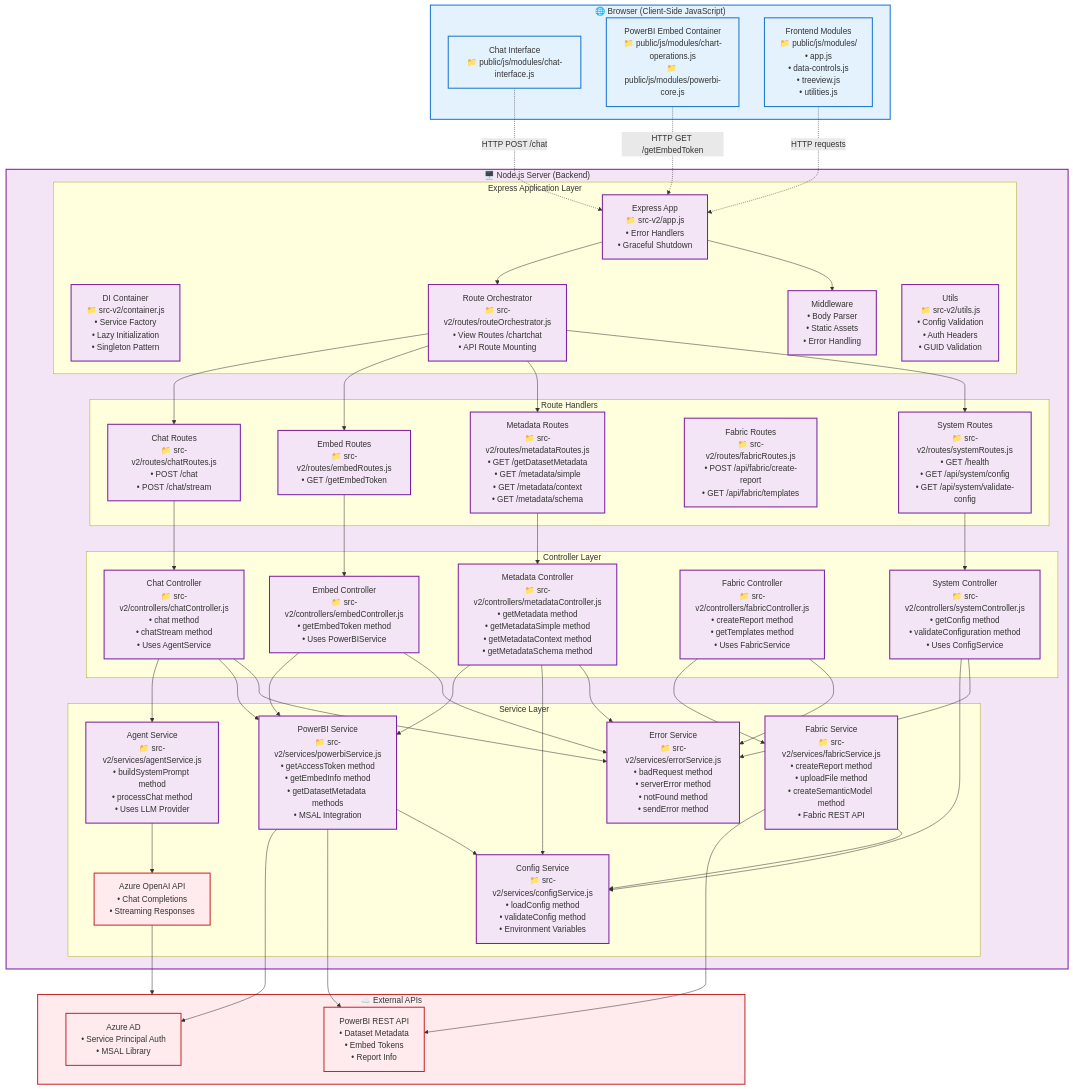
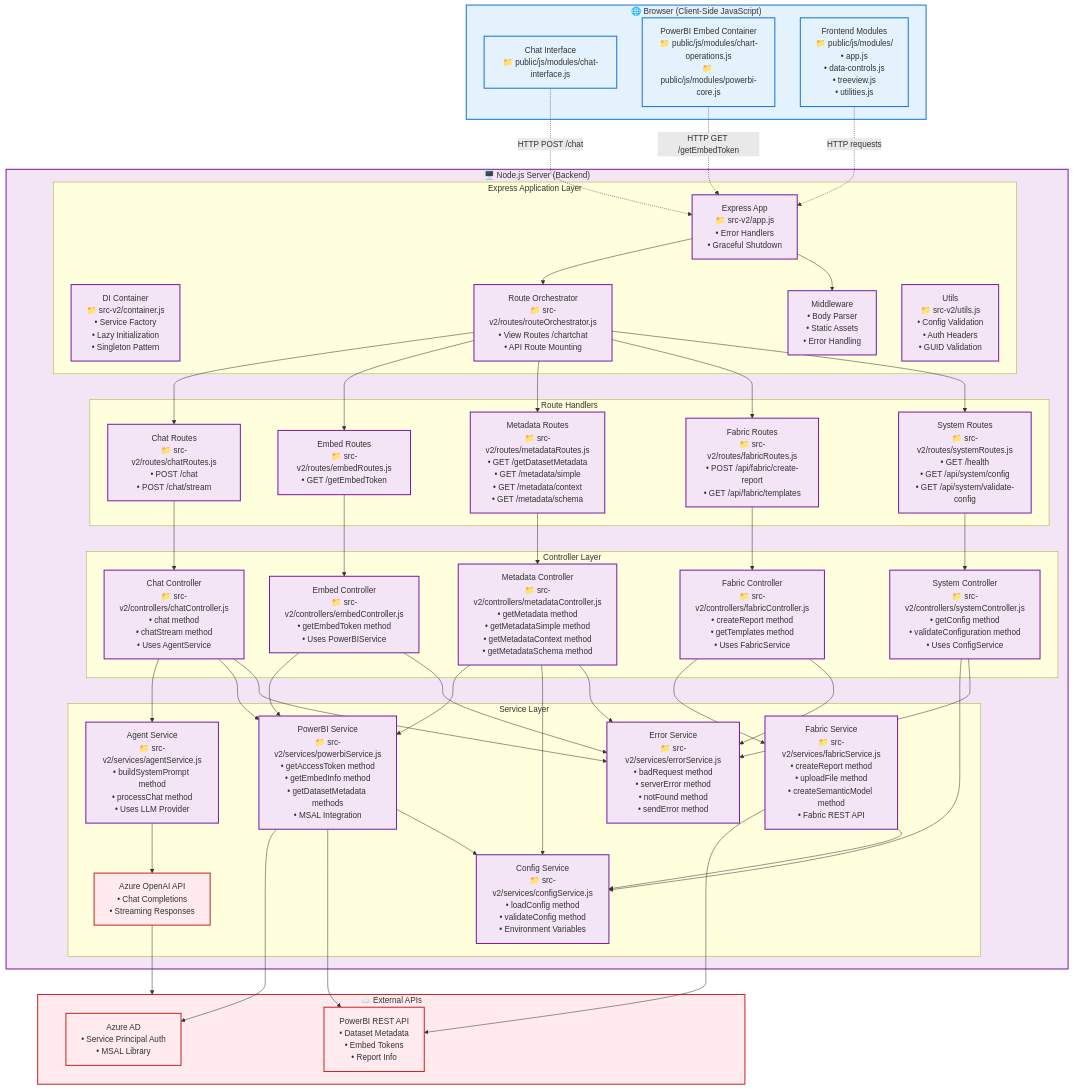
Before and after one commit to markgar/embed-copilot: the first of 4 diagrams in ARCHITECTURE.md, drawn with Mermaid.

Commit message:
Fix architecture diagram: connect FabricRoutes to FabricCtrl
Added missing connections:
- Routes --> FabricRoutes
- FabricRoutes --> FabricCtrl

```diff
--- a/ARCHITECTURE.md
+++ b/ARCHITECTURE.md
@@ -62,11 +62,13 @@
     Routes --> ChatRoutes
     Routes --> EmbedRoutes
     Routes --> MetaRoutes
+    Routes --> FabricRoutes
     Routes --> SysRoutes
 
     ChatRoutes --> ChatCtrl
     EmbedRoutes --> EmbedCtrl
     MetaRoutes --> MetaCtrl
+    FabricRoutes --> FabricCtrl
     SysRoutes --> SysCtrl
 
     %% Controller dependencies
```
